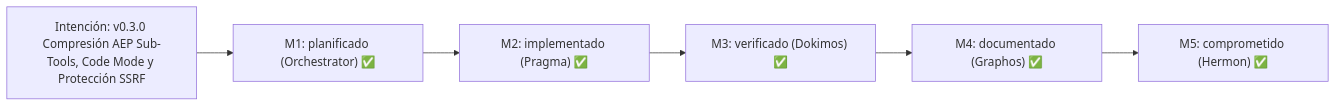
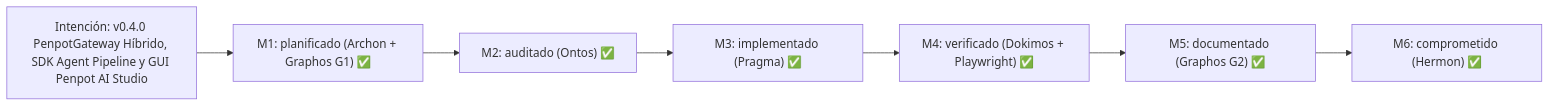
One commit to ancrz/penpot-mcp-server changed the first of 2 diagrams in README.es-ES.md. Above: the diagram before and after it, drawn with Mermaid. The commit also changed other lines of this file and 25 other files, not shown here.

Commit message:
feat(gateway): integrate SDK agent pipeline, bidirectional plugin futures, and Penpot AI Studio GUI (v0.4.0)

````diff
--- a/README.es-ES.md
+++ b/README.es-ES.md
@@ -36,8 +36,9 @@
 ```mermaid
 flowchart LR
-    I["Intención: v0.3.0 Compresión AEP Sub-Tools, Code Mode y Protección SSRF"] --> M1["M1: planificado (Orchestrator) ✅"]
-    M1 --> M2["M2: implementado (Pragma) ✅"]
-    M2 --> M3["M3: verificado (Dokimos) ✅"]
-    M3 --> M4["M4: documentado (Graphos) ✅"]
-    M4 --> M5["M5: comprometido (Hermon) ✅"]
+    I["Intención: v0.4.0 PenpotGateway Híbrido, SDK Agent Pipeline y GUI Penpot AI Studio"] --> M1["M1: planificado (Archon + Graphos G1) ✅"]
+    M1 --> M2["M2: auditado (Ontos) ✅"]
+    M2 --> M3["M3: implementado (Pragma) ✅"]
+    M3 --> M4["M4: verificado (Dokimos + Playwright) ✅"]
+    M4 --> M5["M5: documentado (Graphos G2) ✅"]
+    M5 --> M6["M6: comprometido (Hermon) ✅"]
 ```
````
